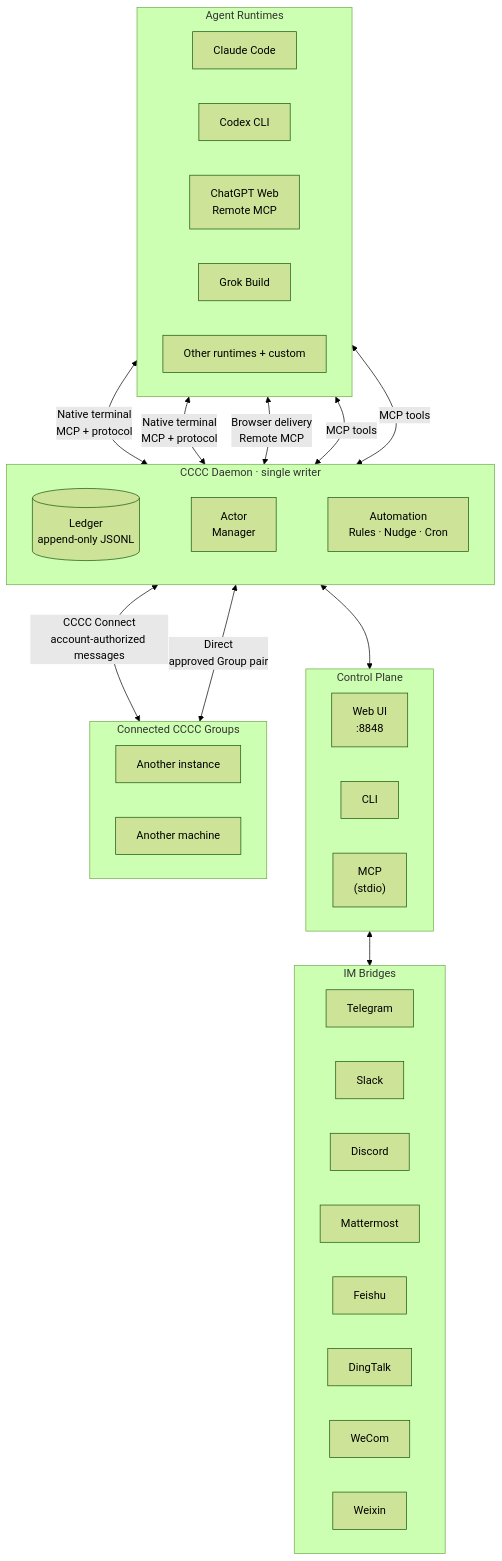
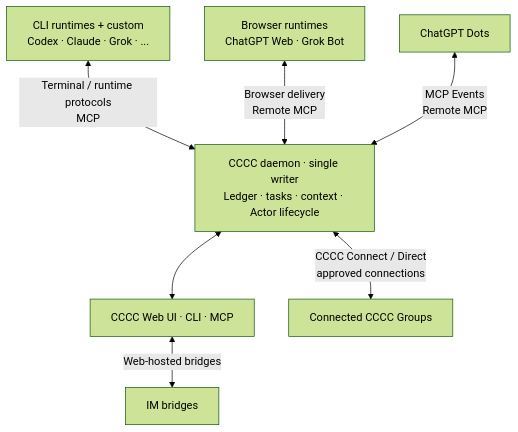
One commit to ChesterRa/cccc changed the diagram in README.md. Above: the diagram before and after it, drawn with Mermaid (forest theme). The commit also changed other lines of this file and 34 other files, not shown here.

````diff
--- a/README.md
+++ b/README.md
@@ -185,55 +185,17 @@
 ```mermaid
 graph TB
-    subgraph Agents["Agent Runtimes"]
-        direction LR
-        A1["Claude Code"]
-        A2["Codex CLI"]
-        A3["ChatGPT Web<br/>Remote MCP"]
-        A4["Grok Build"]
-        A5["Other runtimes + custom"]
-    end
+    A1["CLI runtimes + custom<br/>Codex · Claude · Grok · ..."]
+    A3["Browser runtimes<br/>ChatGPT Web · Grok Bot"]
+    A6["ChatGPT Dots"]
+    Daemon["CCCC daemon · single writer<br/>Ledger · tasks · context · Actor lifecycle"]
+    Ports["CCCC Web UI · CLI · MCP"]
+    IM["IM bridges"]
+    Remote["Connected CCCC Groups"]
 
-    subgraph Daemon["CCCC Daemon · single writer"]
-        direction LR
-        Ledger[("Ledger<br/>append-only JSONL")]
-        ActorMgr["Actor<br/>Manager"]
-        Auto["Automation<br/>Rules · Nudge · Cron"]
-        Ledger ~~~ ActorMgr ~~~ Auto
-    end
-
-    subgraph Ports["Control Plane"]
-        direction LR
-        Web["Web UI<br/>:8848"]
-        CLI["CLI"]
-        MCP["MCP<br/>(stdio)"]
-    end
-
-    subgraph IM["IM Bridges"]
-        direction LR
-        TG["Telegram"]
-        SL["Slack"]
-        DC["Discord"]
-        MM["Mattermost"]
-        FS["Feishu"]
-        DT["DingTalk"]
-        WC["WeCom"]
-        WX["Weixin"]
-    end
-
-    subgraph Remote["Connected CCCC Groups"]
-        direction LR
-        RG1["Another instance"]
-        RG2["Another machine"]
-    end
-
-    A1 <-->|Native terminal<br/>MCP + protocol| Daemon
-    A2 <-->|Native terminal<br/>MCP + protocol| Daemon
+    A1 <-->|Terminal / runtime protocols<br/>MCP| Daemon
     A3 <-->|Browser delivery<br/>Remote MCP| Daemon
-    A4 <-->|MCP tools| Daemon
-    A5 <-->|MCP tools| Daemon
+    A6 <-->|MCP Events<br/>Remote MCP| Daemon
     Daemon <--> Ports
-    Web <--> IM
-    Daemon <-->|CCCC Connect<br/>account-authorized messages| RG1
-    Daemon <-->|Direct<br/>approved Group pair| RG2
-
+    Ports <-->|Web-hosted bridges| IM
+    Daemon <-->|CCCC Connect / Direct<br/>approved connections| Remote
 ```
````
